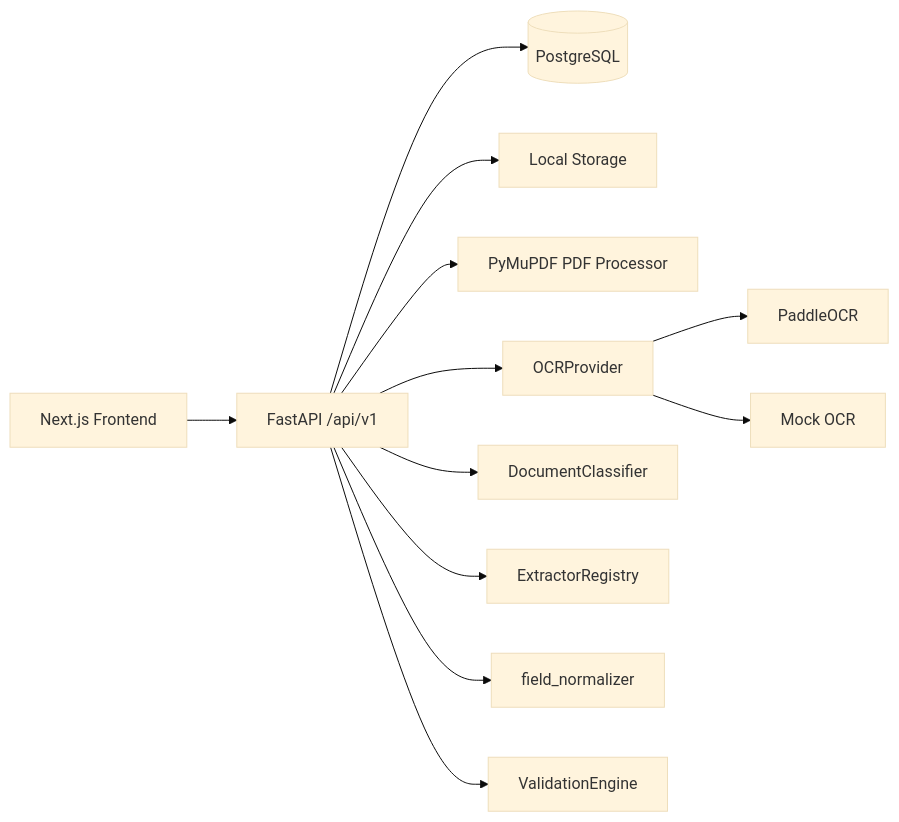
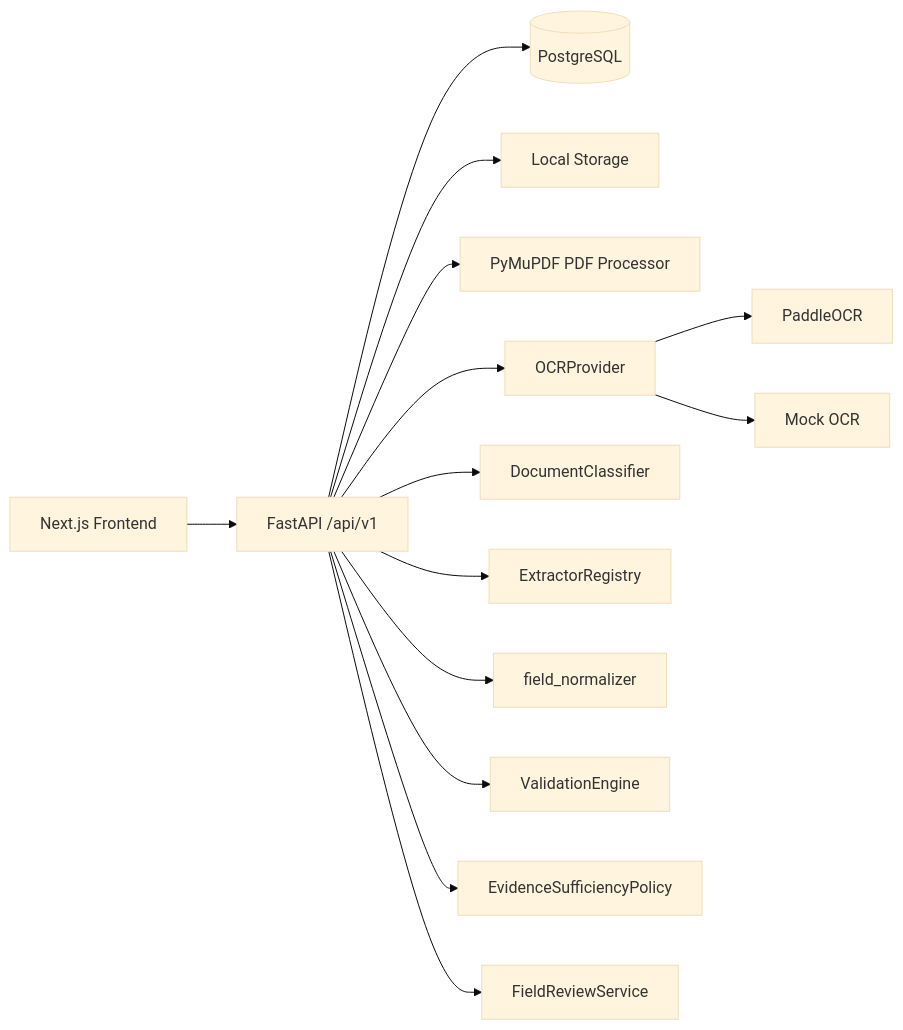
Before and after one commit to khabibro/ADVS: the diagram in docs/architecture/ARCHITECTURE.md, drawn with Mermaid (base theme). The commit also changed other lines of this file and 22 other files, not shown here.

Commit message:
Add evidence-aware human review workflow

````diff
--- a/docs/architecture/ARCHITECTURE.md
+++ b/docs/architecture/ARCHITECTURE.md
@@ -3,14 +3,16 @@
 ```mermaid
 flowchart LR
   UI[Next.js Frontend] --> API[FastAPI /api/v1]
   API --> DB[(PostgreSQL)]
   API --> FS[Local Storage]
   API --> PDF[PyMuPDF PDF Processor]
   API --> OCR[OCRProvider]
   OCR --> Paddle[PaddleOCR]
   OCR --> MOCK[Mock OCR]
   API --> CLS[DocumentClassifier]
   API --> EXT[ExtractorRegistry]
   API --> NORM[field_normalizer]
   API --> VAL[ValidationEngine]
+  API --> EVIDENCE[EvidenceSufficiencyPolicy]
+  API --> REVIEW[FieldReviewService]
 ```
````
